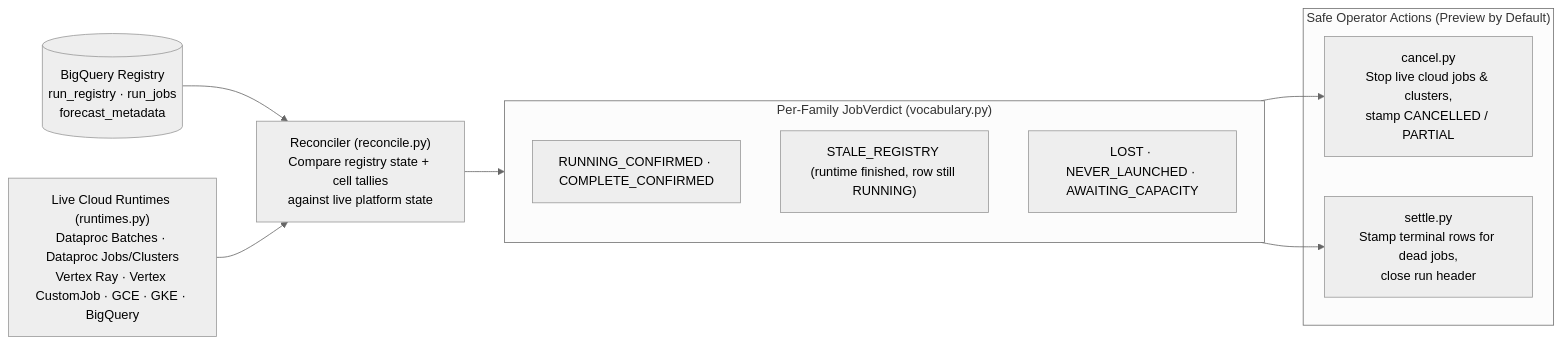
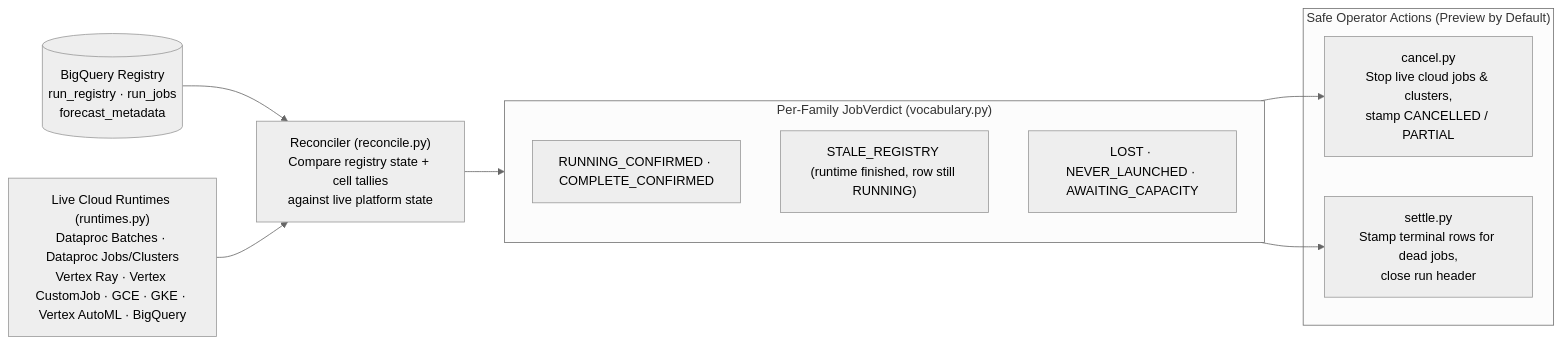
The diagram in src/scale_forecasting/probes/README.md (statmike/scale-forecasting), drawn with Mermaid (neutral theme) before and after one commit. The commit also changed other lines of this file and 102 other files, not shown here.

Commit message:
feat(automl,explainability): add Vertex AI AutoML & Tabular Workflows (vertex_l2l, vertex_tide, vertex_tft, vertex_seq2seq), Two-Tier Feature Attributions, and repo-wide docs

````diff
--- a/src/scale_forecasting/probes/README.md
+++ b/src/scale_forecasting/probes/README.md
@@ -7,20 +7,20 @@
 ```mermaid
 flowchart LR
     reg[("BigQuery Registry<br/>run_registry · run_jobs<br/>forecast_metadata")]
-    rt["Live Cloud Runtimes (runtimes.py)<br/>Dataproc Batches · Dataproc Jobs/Clusters<br/>Vertex Ray · Vertex CustomJob · GCE · GKE · BigQuery"]
+    rt["Live Cloud Runtimes (runtimes.py)<br/>Dataproc Batches · Dataproc Jobs/Clusters<br/>Vertex Ray · Vertex CustomJob · GCE · GKE · Vertex AutoML · BigQuery"]
 
     rec["Reconciler (reconcile.py)<br/>Compare registry state + cell tallies<br/>against live platform state"]
 
     subgraph verdicts["Per-Family JobVerdict (vocabulary.py)"]
         v1["RUNNING_CONFIRMED · COMPLETE_CONFIRMED"]
         v2["STALE_REGISTRY (runtime finished, row still RUNNING)"]
         v3["LOST · NEVER_LAUNCHED · AWAITING_CAPACITY"]
     end
 
     subgraph actions["Safe Operator Actions (Preview by Default)"]
         can["cancel.py<br/>Stop live cloud jobs & clusters,<br/>stamp CANCELLED / PARTIAL"]
         set["settle.py<br/>Stamp terminal rows for dead jobs,<br/>close run header"]
     end
 
     reg & rt --> rec --> verdicts --> can & set
 ```
````
